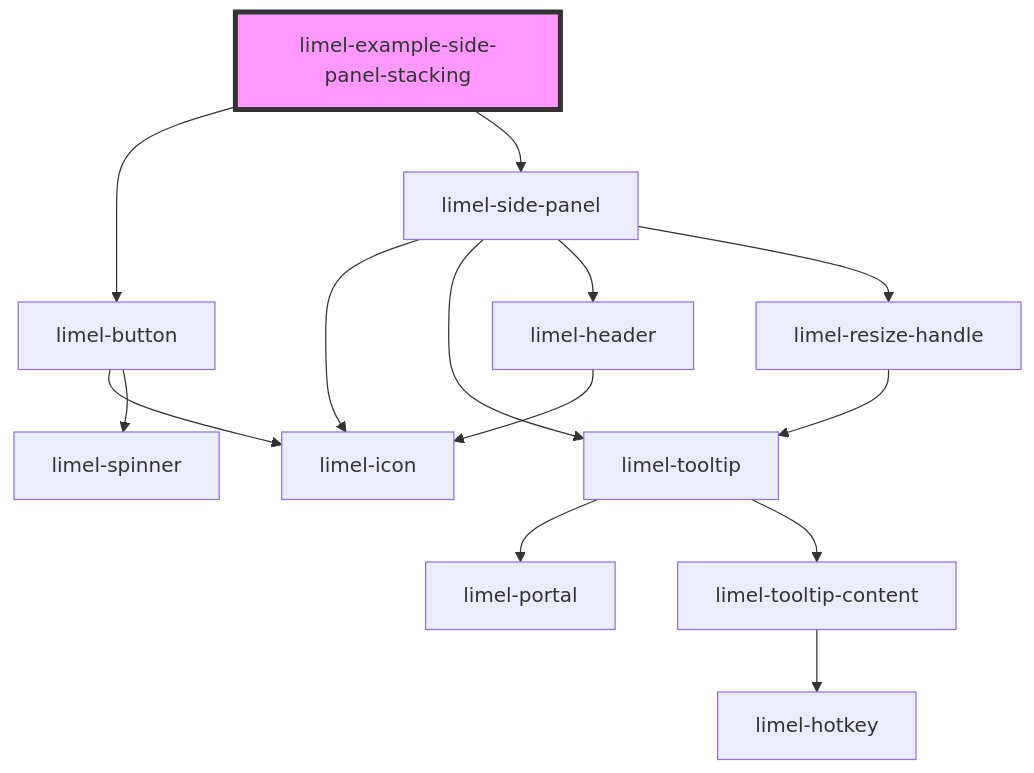
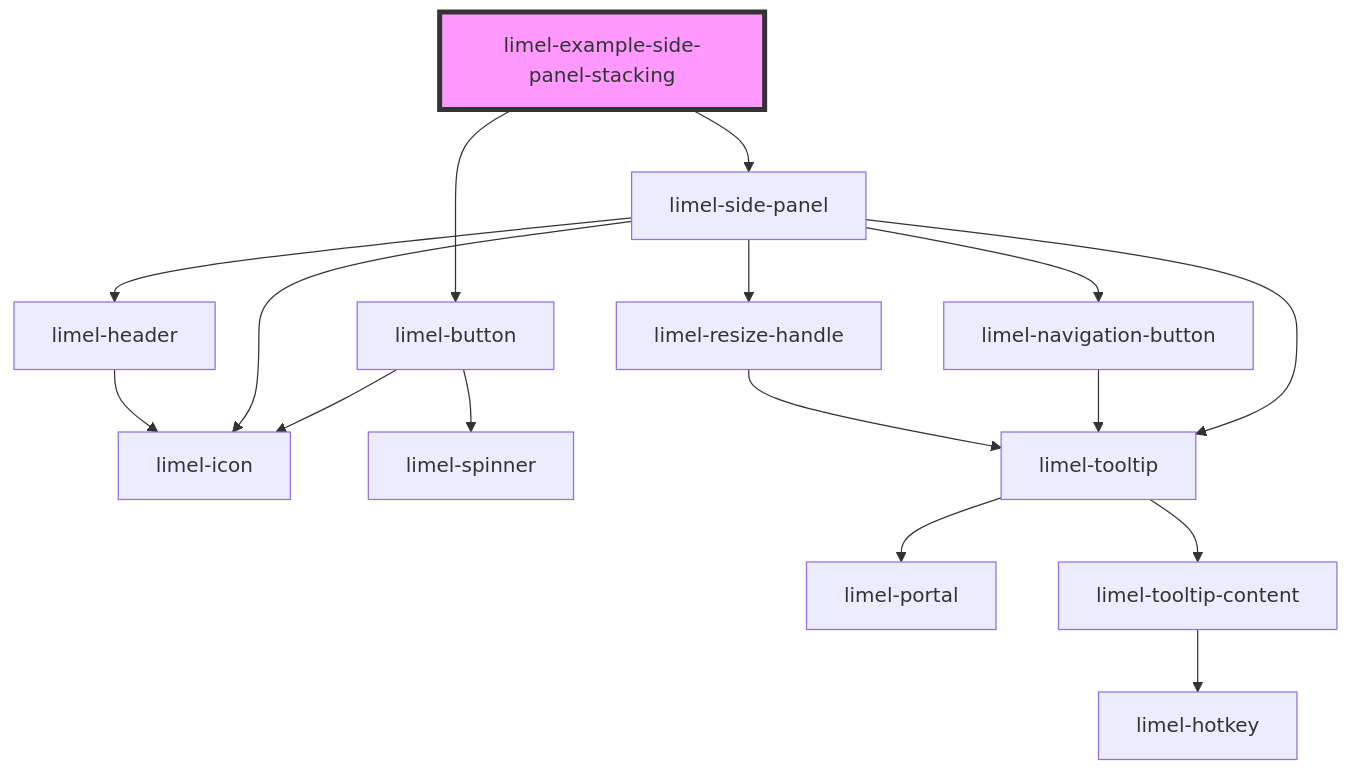
One commit to Lundalogik/lime-elements changed the diagram in versions/PR-4502/markdown-docs/components/side-panel/examples/readme.md. Above: the diagram before and after it, drawn with Mermaid. The commit also changed 35 other files, not shown here.

````diff
--- a/versions/PR-4502/markdown-docs/components/side-panel/examples/readme.md
+++ b/versions/PR-4502/markdown-docs/components/side-panel/examples/readme.md
@@ -34,17 +34,19 @@
 ```mermaid
 graph TD;
   limel-example-side-panel-stacking --> limel-button
   limel-example-side-panel-stacking --> limel-side-panel
   limel-button --> limel-icon
   limel-button --> limel-spinner
   limel-side-panel --> limel-icon
   limel-side-panel --> limel-tooltip
+  limel-side-panel --> limel-navigation-button
   limel-side-panel --> limel-header
   limel-side-panel --> limel-resize-handle
   limel-tooltip --> limel-portal
   limel-tooltip --> limel-tooltip-content
   limel-tooltip-content --> limel-hotkey
+  limel-navigation-button --> limel-tooltip
   limel-header --> limel-icon
   limel-resize-handle --> limel-tooltip
   style limel-example-side-panel-stacking fill:#f9f,stroke:#333,stroke-width:4px
 ```
````
